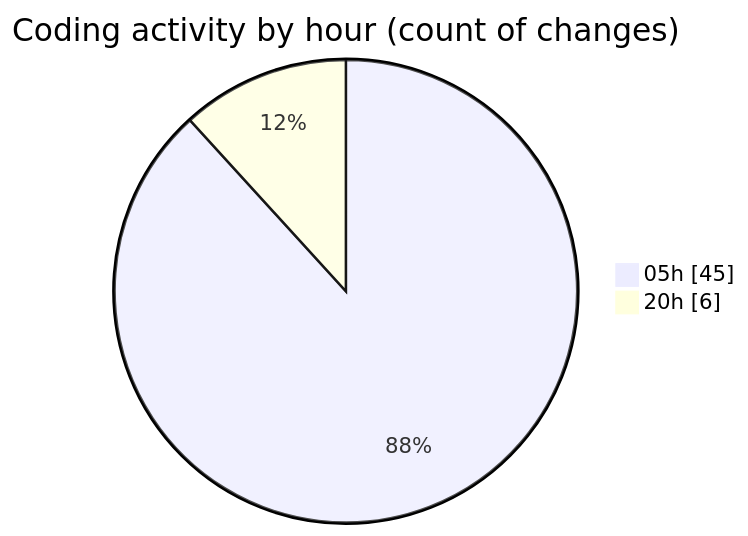
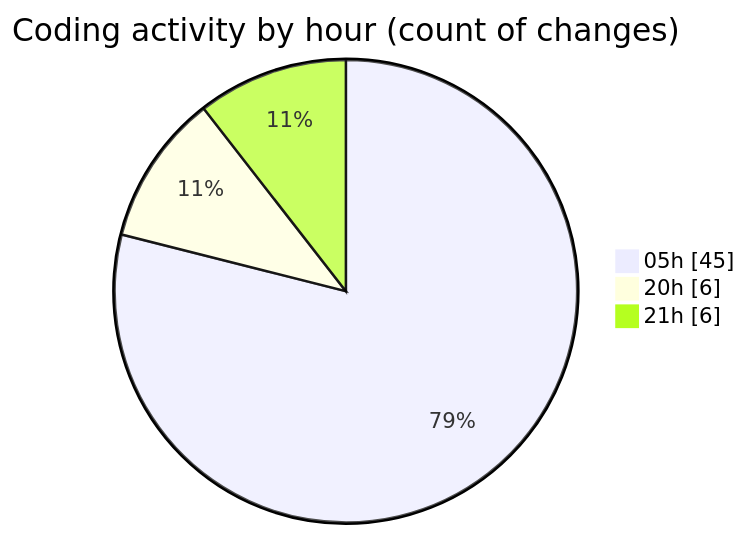
Before and after one commit to lephambinh05/code-tracking: the second of 2 diagrams in 2025-08-05/napxuvn/README.md, drawn with Mermaid. The commit also changed other lines of this file and 1 other file, not shown here.

````diff
--- a/2025-08-05/napxuvn/README.md
+++ b/2025-08-05/napxuvn/README.md
@@ -59,6 +63,7 @@
 ```mermaid
 pie showData
 title Coding activity by hour (count of changes)
 "05h" : 45
 "20h" : 6
+"21h" : 6
 ```
````
